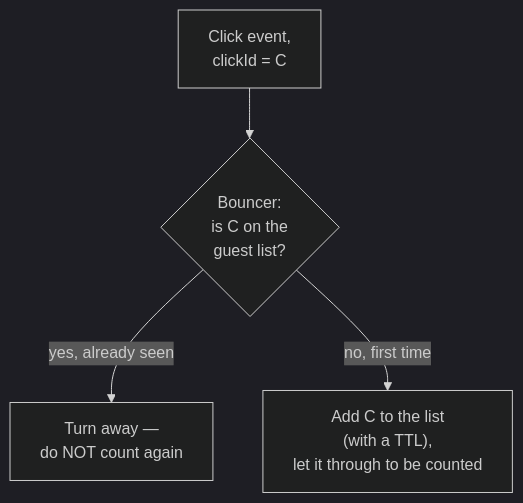
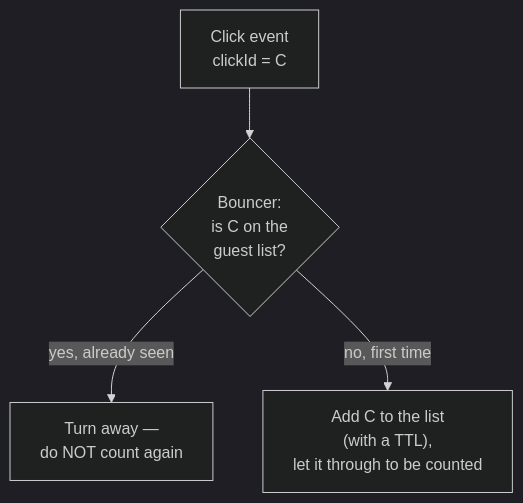
Before and after one commit to riyaz-pasha/Learnings: the third of 12 diagrams in system-design/HLD/0-course/63-Design-an-Ad-Click-Aggregation-System-FAANG-Guide-story.md, drawn with Mermaid (dark theme). The commit also changed other lines of this file and 1 other file, not shown here.

Commit message:
[REWRITE] Ad Click Aggregation System story guide: simplify prose, add structure, fix diagrams

````diff
--- a/system-design/HLD/0-course/63-Design-an-Ad-Click-Aggregation-System-FAANG-Guide-story.md
+++ b/system-design/HLD/0-course/63-Design-an-Ad-Click-Aggregation-System-FAANG-Guide-story.md
@@ -70,6 +174,6 @@
 ```mermaid
 flowchart TD
-    A["Click event,\nclickId = C"] --> B{"Bouncer:\nis C on the\nguest list?"}
-    B -->|"yes, already seen"| C["Turn away —\ndo NOT count again"]
-    B -->|"no, first time"| D["Add C to the list\n(with a TTL),\nlet it through to be counted"]
+    A["Click event<br/>clickId = C"] --> B{"Bouncer:<br/>is C on the<br/>guest list?"}
+    B -->|"yes, already seen"| C["Turn away —<br/>do NOT count again"]
+    B -->|"no, first time"| D["Add C to the list<br/>(with a TTL),<br/>let it through to be counted"]
 ```
````
